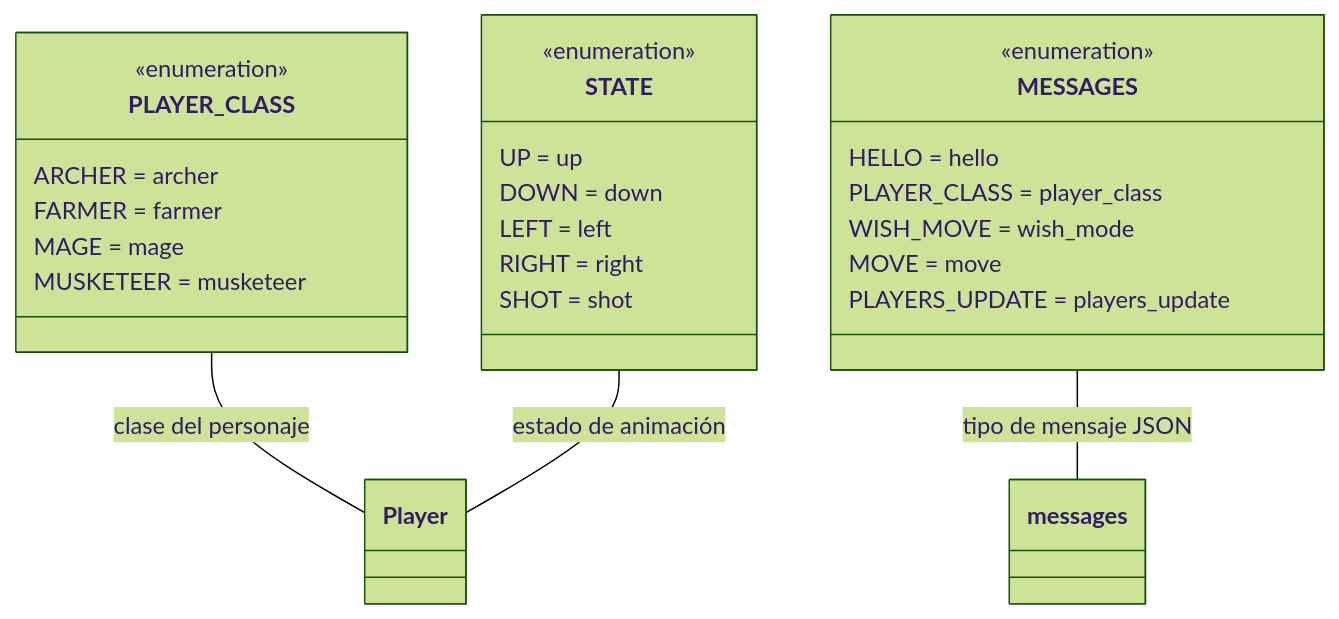
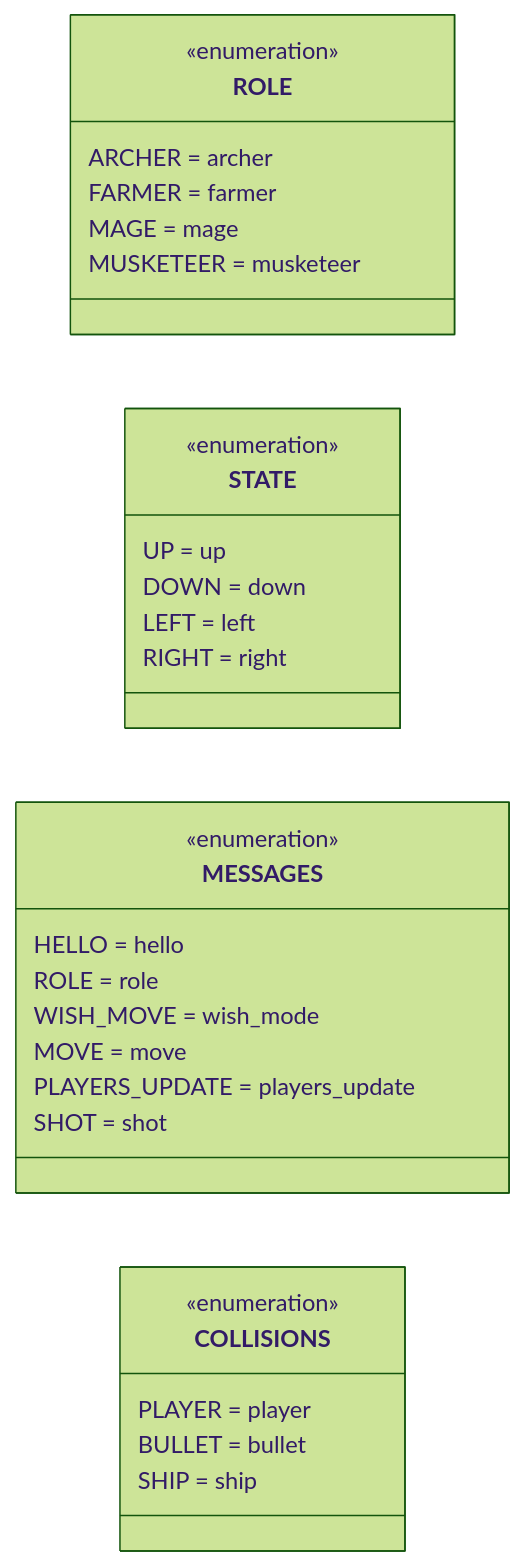
The fifth of 5 diagrams in docs/diagramas/clases.md (Aouei/pygame_multi), drawn with Mermaid (forest theme) before and after one commit. The commit also changed other lines of this file and 2 other files, not shown here.

Commit message:
UPDATE doc diagrams

````diff
--- a/docs/diagramas/clases.md
+++ b/docs/diagramas/clases.md
@@ -331,32 +370,37 @@
 ```mermaid
 classDiagram
-    class PLAYER_CLASS {
+    direction LR
+
+    class ROLE {
         <<enumeration>>
         ARCHER = archer
         FARMER = farmer
         MAGE = mage
         MUSKETEER = musketeer
     }
 
     class STATE {
         <<enumeration>>
         UP = up
         DOWN = down
         LEFT = left
         RIGHT = right
-        SHOT = shot
     }
 
     class MESSAGES {
         <<enumeration>>
         HELLO = hello
-        PLAYER_CLASS = player_class
+        ROLE = role
         WISH_MOVE = wish_mode
         MOVE = move
         PLAYERS_UPDATE = players_update
+        SHOT = shot
     }
 
-    PLAYER_CLASS -- Player : clase del personaje
-    STATE -- Player : estado de animación
-    MESSAGES -- messages : tipo de mensaje JSON
+    class COLLISIONS {
+        <<enumeration>>
+        PLAYER = player
+        BULLET = bullet
+        SHIP = ship
+    }
 ```
````
